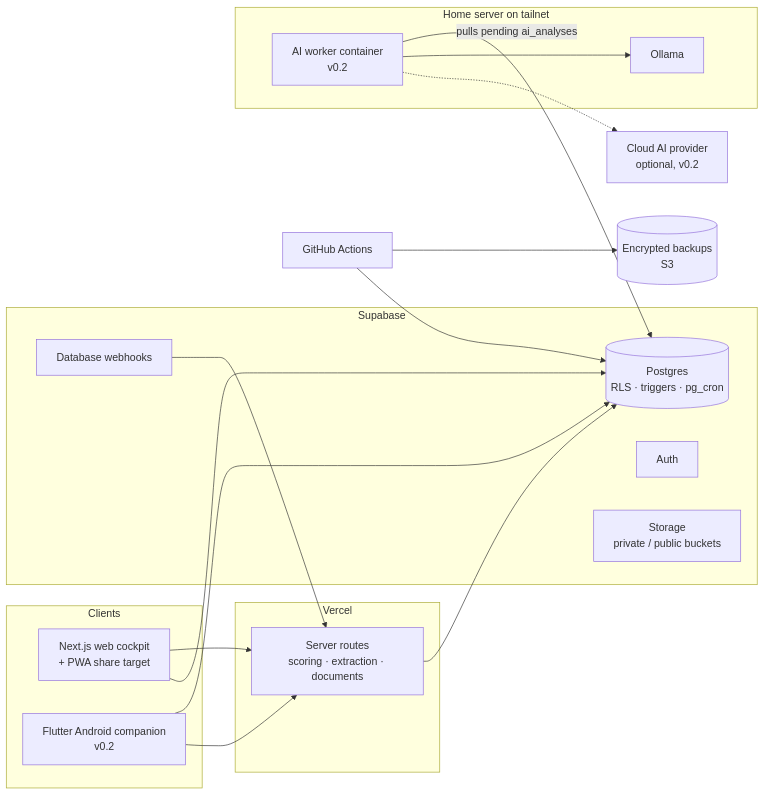
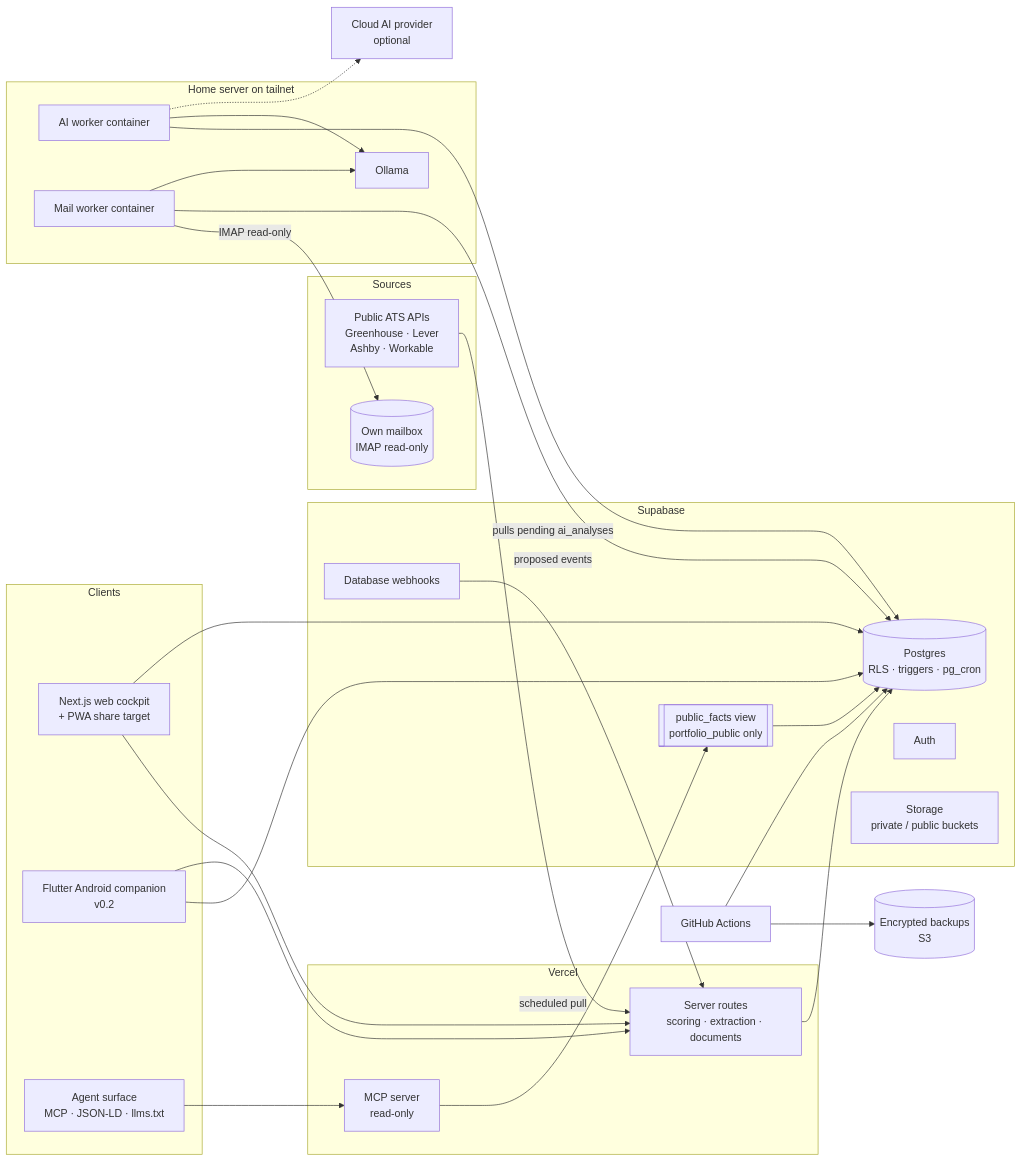
Before and after one commit to kolevmvk/careerops: the diagram in docs/SPECIFICATION.md, drawn with Mermaid. The commit also changed other lines of this file and 4 other files, not shown here.

First line of the commit message:
docs(spec): add agent-facing surface and compliant job intake lanes

````diff
--- a/docs/SPECIFICATION.md
+++ b/docs/SPECIFICATION.md
@@ -141,34 +164,49 @@
 ```mermaid
 flowchart LR
     subgraph Clients
         W[Next.js web cockpit<br/>+ PWA share target]
         M[Flutter Android companion<br/>v0.2]
+        AG[Agent surface<br/>MCP · JSON-LD · llms.txt]
+    end
+    subgraph Sources
+        ATS[Public ATS APIs<br/>Greenhouse · Lever<br/>Ashby · Workable]
+        MBX[(Own mailbox<br/>IMAP read-only)]
     end
     subgraph Supabase
         DB[(Postgres<br/>RLS · triggers · pg_cron)]
         AUTH[Auth]
         ST[Storage<br/>private / public buckets]
         WH[Database webhooks]
+        PF[[public_facts view<br/>portfolio_public only]]
     end
     subgraph Vercel
         API[Server routes<br/>scoring · extraction · documents]
+        MCP[MCP server<br/>read-only]
     end
     subgraph Home server on tailnet
-        AIW[AI worker container<br/>v0.2]
+        AIW[AI worker container]
+        MW[Mail worker container]
         OL[Ollama]
     end
-    CP[Cloud AI provider<br/>optional, v0.2]
+    CP[Cloud AI provider<br/>optional]
     BK[(Encrypted backups<br/>S3)]
 
     W --> API
     W --> DB
     M --> DB
     M --> API
     WH --> API
     API --> DB
+    ATS -- scheduled pull --> API
+    MW -- IMAP read-only --> MBX
+    MW -- proposed events --> DB
+    MW --> OL
     AIW -- pulls pending ai_analyses --> DB
     AIW --> OL
     AIW -.-> CP
+    AG --> MCP
+    MCP --> PF
+    PF --> DB
     GH[GitHub Actions] --> BK
     GH --> DB
 ```
````
